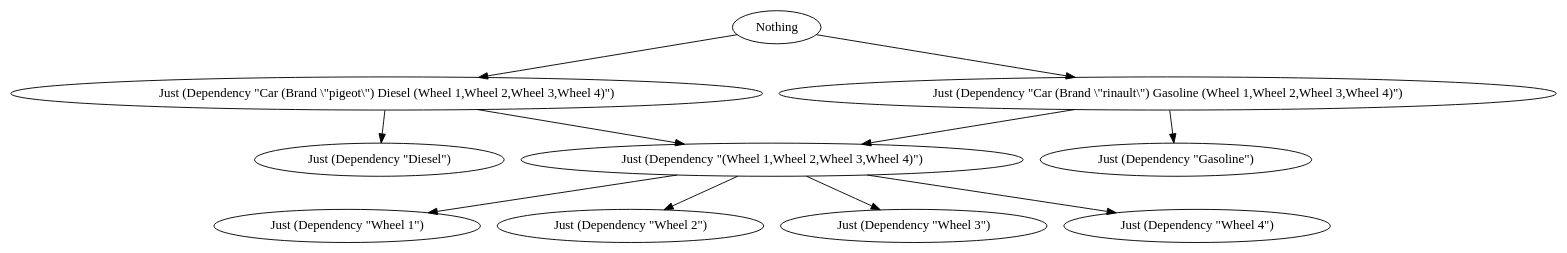
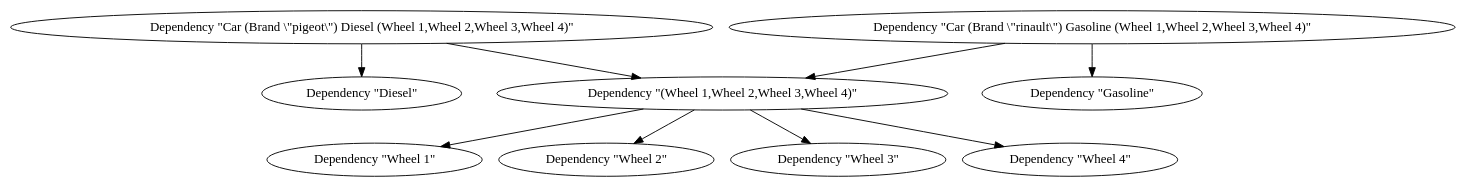
Before and after one commit to lucasdicioccio/deptrack: the diagram in examples/car.dot, drawn with Graphviz. The commit also changed 3 other files, not shown here.

Commit message:
Remove 'Maybe' wrapping when generating graph.

```diff
--- a/examples/car.dot
+++ b/examples/car.dot
@@ -1,23 +1,20 @@
 digraph G {
-u0[label="Nothing"];
-u1[label="Just (Dependency \"(Wheel 1,Wheel 2,Wheel 3,Wheel 4)\")"];
-u2[label="Just (Dependency \"Car (Brand \\\"pigeot\\\") Diesel (Wheel 1,Wheel 2,Wheel 3,Wheel 4)\")"];
-u3[label="Just (Dependency \"Car (Brand \\\"rinault\\\") Gasoline (Wheel 1,Wheel 2,Wheel 3,Wheel 4)\")"];
-u4[label="Just (Dependency \"Diesel\")"];
-u5[label="Just (Dependency \"Gasoline\")"];
-u6[label="Just (Dependency \"Wheel 1\")"];
-u7[label="Just (Dependency \"Wheel 2\")"];
-u8[label="Just (Dependency \"Wheel 3\")"];
-u9[label="Just (Dependency \"Wheel 4\")"];
-u0 -> u2;
-u0 -> u3;
-u1 -> u6;
-u1 -> u7;
-u1 -> u8;
-u1 -> u9;
-u2 -> u1;
+u0[label="Dependency \"(Wheel 1,Wheel 2,Wheel 3,Wheel 4)\""];
+u1[label="Dependency \"Car (Brand \\\"pigeot\\\") Diesel (Wheel 1,Wheel 2,Wheel 3,Wheel 4)\""];
+u2[label="Dependency \"Car (Brand \\\"rinault\\\") Gasoline (Wheel 1,Wheel 2,Wheel 3,Wheel 4)\""];
+u3[label="Dependency \"Diesel\""];
+u4[label="Dependency \"Gasoline\""];
+u5[label="Dependency \"Wheel 1\""];
+u6[label="Dependency \"Wheel 2\""];
+u7[label="Dependency \"Wheel 3\""];
+u8[label="Dependency \"Wheel 4\""];
+u0 -> u5;
+u0 -> u6;
+u0 -> u7;
+u0 -> u8;
+u1 -> u0;
+u1 -> u3;
+u2 -> u0;
 u2 -> u4;
-u3 -> u1;
-u3 -> u5;
 
 }
```
